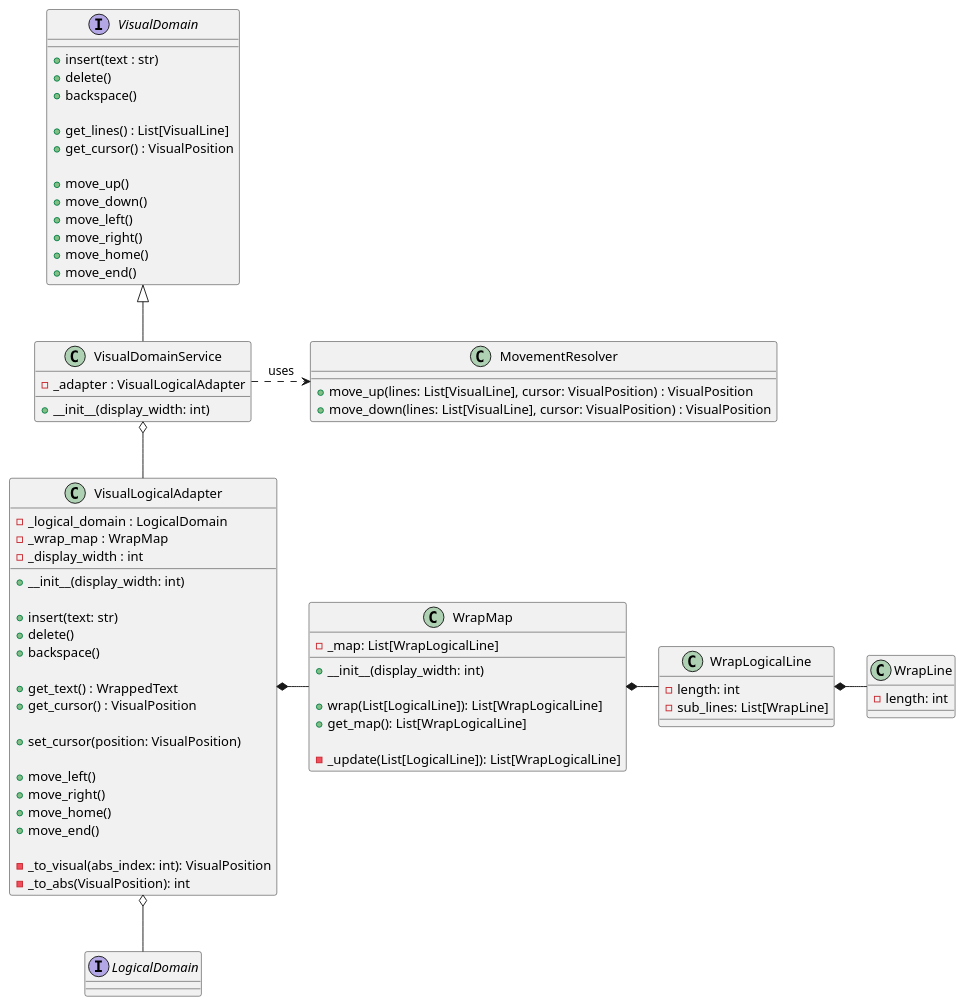
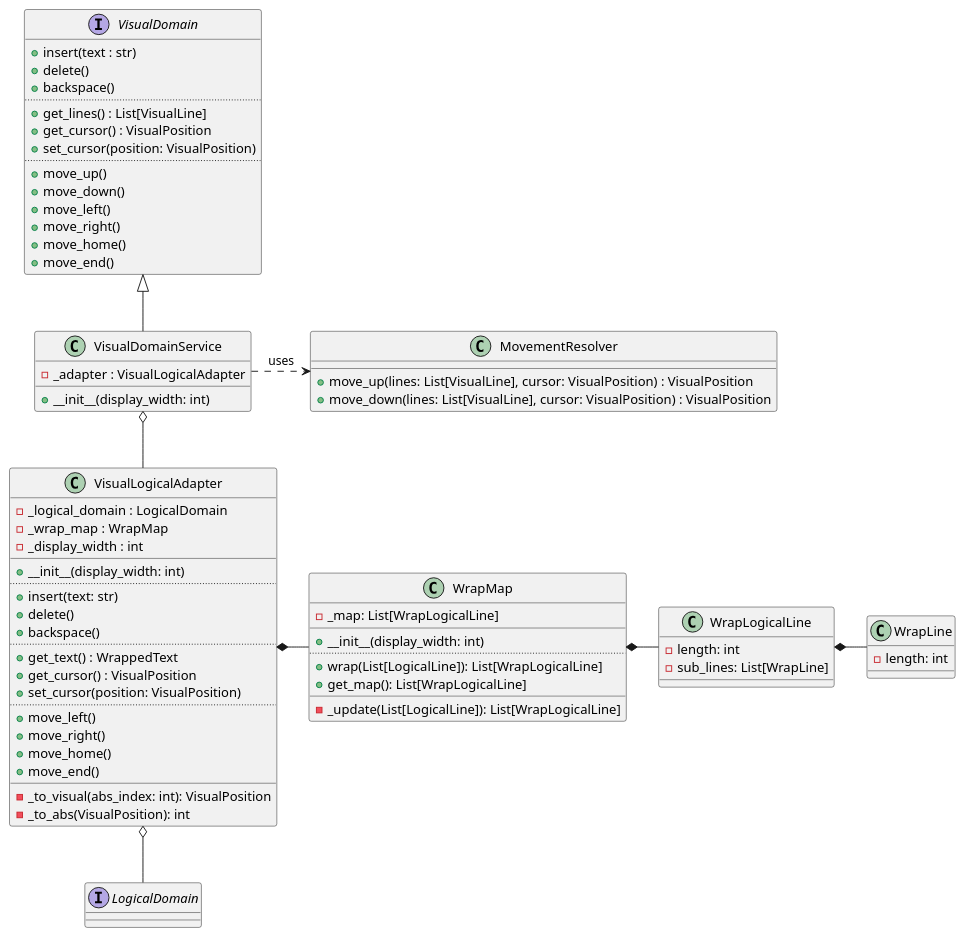
The diagram in docs/source/specs/architecture/diagrams/class-visual_domain.puml (JoeRittiner/TextEngine), drawn with PlantUML before and after one commit. The commit also changed 4 other files, not shown here.

First line of the commit message:
doc: Remove `home` and `end` commands from Cursor State

```diff
--- a/docs/source/specs/architecture/diagrams/class-visual_domain.puml
+++ b/docs/source/specs/architecture/diagrams/class-visual_domain.puml
@@ -1,93 +1,91 @@
 @startuml
 
 interface LogicalDomain
 
 interface VisualDomain {
-    + insert(text : str)
-    + delete()
-    + backspace()
-
-    + get_lines() : List[VisualLine]
-    + get_cursor() : VisualPosition
-
-    + move_up()
-    + move_down()
-    + move_left()
-    + move_right()
-    + move_home()
-    + move_end()
+    +insert(text : str)
+    +delete()
+    +backspace()
+    ..
+    +get_lines() : List[VisualLine]
+    +get_cursor() : VisualPosition
+    +set_cursor(position: VisualPosition)
+    ..
+    +move_up()
+    +move_down()
+    +move_left()
+    +move_right()
+    +move_home()
+    +move_end()
 }
 
 class VisualDomainService {
-    - _adapter : VisualLogicalAdapter
-
-    + __init__(display_width: int)
+    -_adapter : VisualLogicalAdapter
+    __
+    +__init__(display_width: int)
 }
 
 class MovementResolver {
-   + move_up(lines: List[VisualLine], cursor: VisualPosition) : VisualPosition
-   + move_down(lines: List[VisualLine], cursor: VisualPosition) : VisualPosition
+   +move_up(lines: List[VisualLine], cursor: VisualPosition) : VisualPosition
+   +move_down(lines: List[VisualLine], cursor: VisualPosition) : VisualPosition
 }
 
 class VisualLogicalAdapter {
-    - _logical_domain : LogicalDomain
-    - _wrap_map : WrapMap
-    - _display_width : int
-
-    + __init__(display_width: int)
-
-    + insert(text: str)
-    + delete()
-    + backspace()
-
-    + get_text() : WrappedText
-    + get_cursor() : VisualPosition
-
-    + set_cursor(position: VisualPosition)
-
-    + move_left()
-    + move_right()
-    + move_home()
-    + move_end()
-
-    - _to_visual(abs_index: int): VisualPosition
-    - _to_abs(VisualPosition): int
+    -_logical_domain : LogicalDomain
+    -_wrap_map : WrapMap
+    -_display_width : int
+    __
+    +__init__(display_width: int)
+    ..
+    +insert(text: str)
+    +delete()
+    +backspace()
+    ..
+    +get_text() : WrappedText
+    +get_cursor() : VisualPosition
+    +set_cursor(position: VisualPosition)
+    ..
+    +move_left()
+    +move_right()
+    +move_home()
+    +move_end()
+    __
+    -_to_visual(abs_index: int): VisualPosition
+    -_to_abs(VisualPosition): int
 }
 
 class WrapMap {
-    - _map: List[WrapLogicalLine]
-
-    + __init__(display_width: int)
-
-    + wrap(List[LogicalLine]): List[WrapLogicalLine]
-    + get_map(): List[WrapLogicalLine]
-
-    - _update(List[LogicalLine]): List[WrapLogicalLine]
+    -_map: List[WrapLogicalLine]
+    __
+    +__init__(display_width: int)
+    ..
+    +wrap(List[LogicalLine]): List[WrapLogicalLine]
+    +get_map(): List[WrapLogicalLine]
+    __
+    -_update(List[LogicalLine]): List[WrapLogicalLine]
 }
 
 class WrapLogicalLine {
-    - length: int
-    - sub_lines: List[WrapLine]
+    -length: int
+    -sub_lines: List[WrapLine]
 }
 
 class WrapLine {
-    - length: int
+    -length: int
 }
 
 ' ----
 
 VisualDomain <|-- VisualDomainService
 
 VisualDomainService o-- VisualLogicalAdapter
 
 VisualDomainService .> MovementResolver : uses
 
 VisualLogicalAdapter o-- LogicalDomain
 
 VisualLogicalAdapter *- WrapMap
 WrapMap *- WrapLogicalLine
 WrapLogicalLine *- WrapLine
 
-' Both MovementResolver and VisualLogicalAdapter need to understand FR-CURSOR-010
-
 @enduml
```
